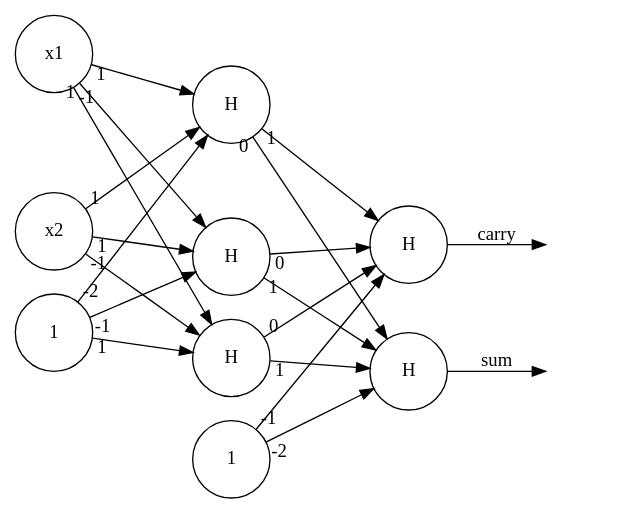
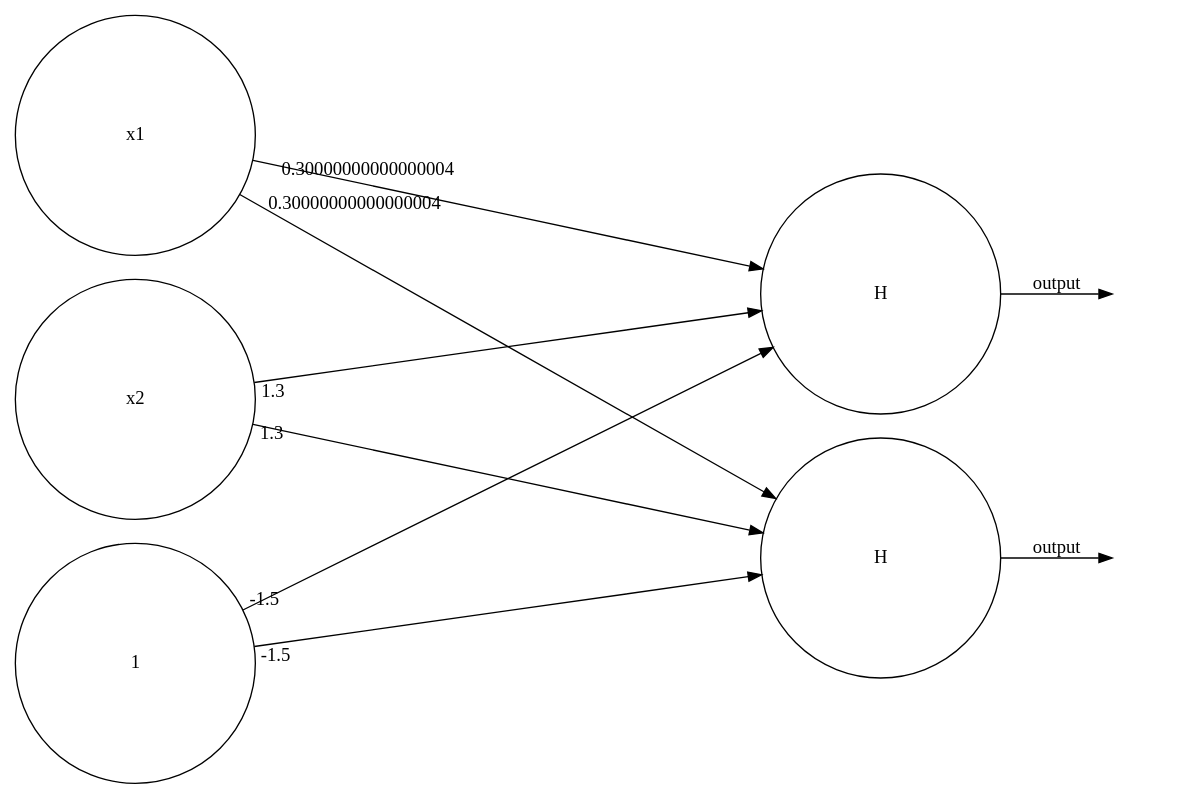
The diagram in graphviz_renders/netwerk.gv (Finnyy012/MachineLearning), drawn with Graphviz before and after one commit. The commit also changed 5 other files, not shown here.

```diff
--- a/graphviz_renders/netwerk.gv
+++ b/graphviz_renders/netwerk.gv
@@ -1,33 +1,18 @@
 digraph netwerk {
 	graph [label="" layout=dot ordering=in rankdir=LR splines=line]
-	0 [label=x1 fontname=Consolas shape=circle width=0.8]
-	0 -> 3 [minlen=2 taillabel=" 1"]
-	0 -> 4 [minlen=2 taillabel=" 1"]
-	0 -> 5 [minlen=2 taillabel=" -1"]
-	1 [label=x2 fontname=Consolas shape=circle width=0.8]
-	1 -> 3 [minlen=2 taillabel=" 1"]
-	1 -> 4 [minlen=2 taillabel=" 1"]
-	1 -> 5 [minlen=2 taillabel=" -1"]
-	2 [label=1 fontname=Consolas shape=circle width=0.8]
-	2 -> 3 [minlen=2 taillabel=" -2"]
-	2 -> 4 [minlen=2 taillabel=" -1"]
-	2 -> 5 [minlen=2 taillabel=" 1"]
-	3 [label=H fontname=Consolas shape=circle width=0.8]
-	3 -> 7 [minlen=2 taillabel=" 1"]
-	3 -> 8 [minlen=2 taillabel=" 0"]
-	4 [label=H fontname=Consolas shape=circle width=0.8]
-	4 -> 7 [minlen=2 taillabel=" 0"]
-	4 -> 8 [minlen=2 taillabel=" 1"]
-	5 [label=H fontname=Consolas shape=circle width=0.8]
-	5 -> 7 [minlen=2 taillabel=" 0"]
-	5 -> 8 [minlen=2 taillabel=" 1"]
-	6 [label=1 fontname=Consolas shape=circle width=0.8]
-	6 -> 7 [minlen=2 taillabel=" -1"]
-	6 -> 8 [minlen=2 taillabel=" -2"]
-	7 [label=H fontname=Consolas shape=circle width=0.8]
+	0 [label=x1 fontname=Consolas shape=circle width=2.5]
+	0 -> 3 [minlen=10 taillabel=" 0.30000000000000004"]
+	0 -> 4 [minlen=10 taillabel=" 0.30000000000000004"]
+	1 [label=x2 fontname=Consolas shape=circle width=2.5]
+	1 -> 3 [minlen=10 taillabel=" 1.3"]
+	1 -> 4 [minlen=10 taillabel=" 1.3"]
+	2 [label=1 fontname=Consolas shape=circle width=2.5]
+	2 -> 3 [minlen=10 taillabel=" -1.5"]
+	2 -> 4 [minlen=10 taillabel=" -1.5"]
+	3 [label=H fontname=Consolas shape=circle width=2.5]
 	-1 [label=" " shape=none]
-	7 -> -1 [label=carry]
-	8 [label=H fontname=Consolas shape=circle width=0.8]
+	3 -> -1 [label=output]
+	4 [label=H fontname=Consolas shape=circle width=2.5]
 	-2 [label=" " shape=none]
-	8 -> -2 [label=sum]
+	4 -> -2 [label=output]
 }
```
